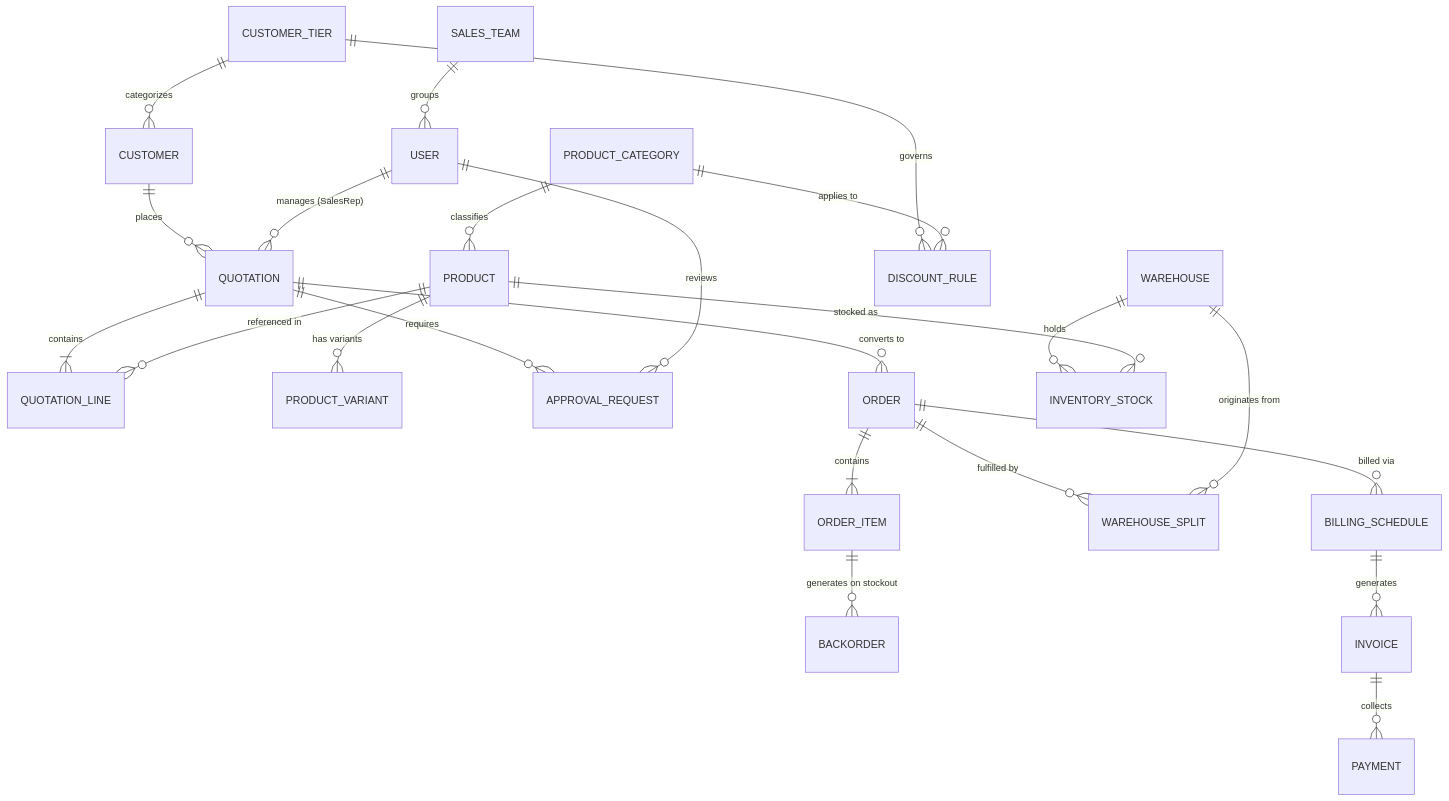
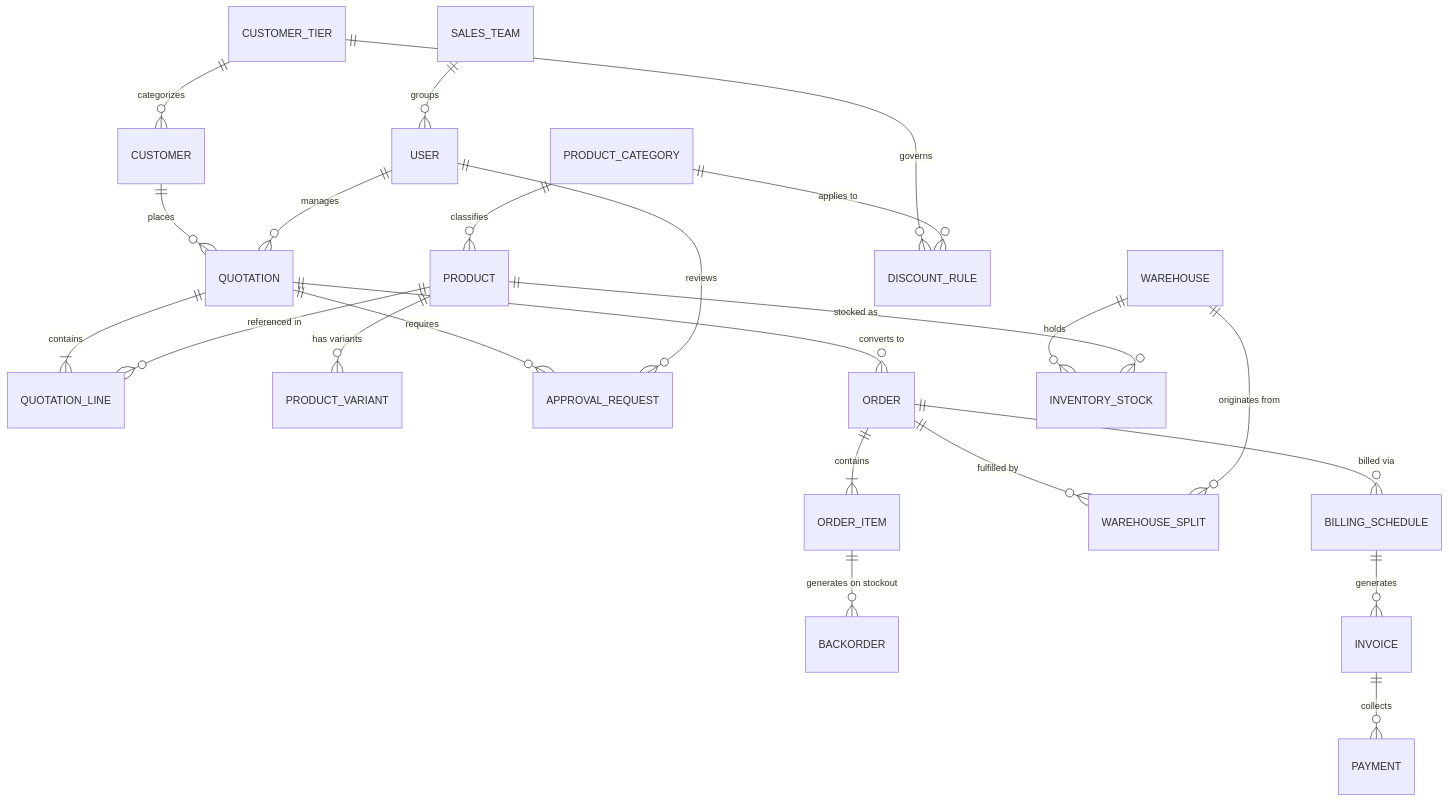
Before and after one commit to aniruddh209/Odoo-Heckathon-Gandhinagar: the first of 2 diagrams in README.md, drawn with Mermaid. The commit also changed other lines of this file, not shown here.

Commit message:
fix: correct Mermaid sequence diagram alt block end syntax in README.md

````diff
--- a/README.md
+++ b/README.md
@@ -87,31 +87,31 @@
 ```mermaid
 erDiagram
     CUSTOMER_TIER ||--o{ CUSTOMER : "categorizes"
     CUSTOMER ||--o{ QUOTATION : "places"
-    USER ||--o{ QUOTATION : "manages (SalesRep)"
+    USER ||--o{ QUOTATION : "manages"
     SALES_TEAM ||--o{ USER : "groups"
     
     QUOTATION ||--|{ QUOTATION_LINE : "contains"
     PRODUCT ||--o{ QUOTATION_LINE : "referenced in"
     PRODUCT_CATEGORY ||--o{ PRODUCT : "classifies"
     PRODUCT ||--o{ PRODUCT_VARIANT : "has variants"
     
     QUOTATION ||--o{ APPROVAL_REQUEST : "requires"
     USER ||--o{ APPROVAL_REQUEST : "reviews"
     
     QUOTATION ||--o{ ORDER : "converts to"
     ORDER ||--|{ ORDER_ITEM : "contains"
     
     ORDER ||--o{ WAREHOUSE_SPLIT : "fulfilled by"
     WAREHOUSE ||--o{ WAREHOUSE_SPLIT : "originates from"
     WAREHOUSE ||--o{ INVENTORY_STOCK : "holds"
     PRODUCT ||--o{ INVENTORY_STOCK : "stocked as"
     ORDER_ITEM ||--o{ BACKORDER : "generates on stockout"
     
     ORDER ||--o{ BILLING_SCHEDULE : "billed via"
     BILLING_SCHEDULE ||--o{ INVOICE : "generates"
     INVOICE ||--o{ PAYMENT : "collects"
     
     CUSTOMER_TIER ||--o{ DISCOUNT_RULE : "governs"
     PRODUCT_CATEGORY ||--o{ DISCOUNT_RULE : "applies to"
 ```
````
